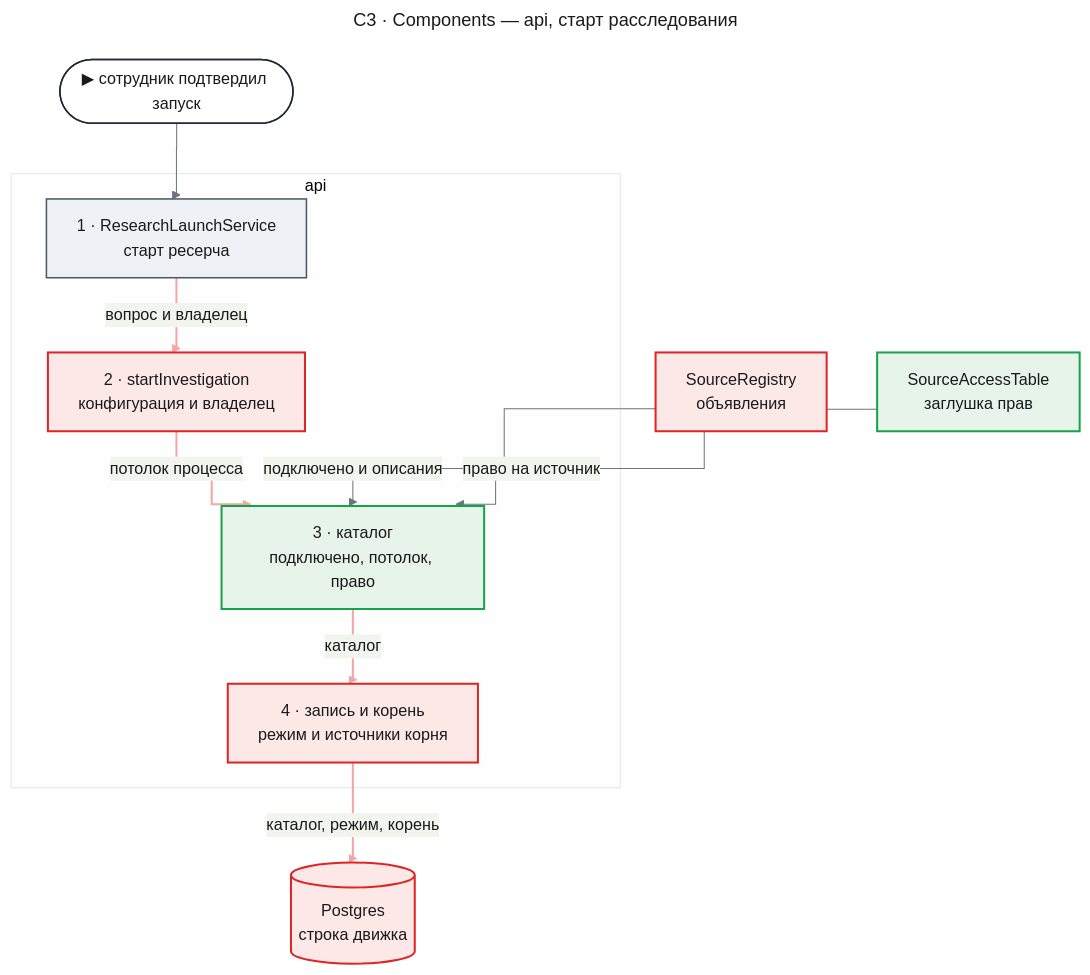
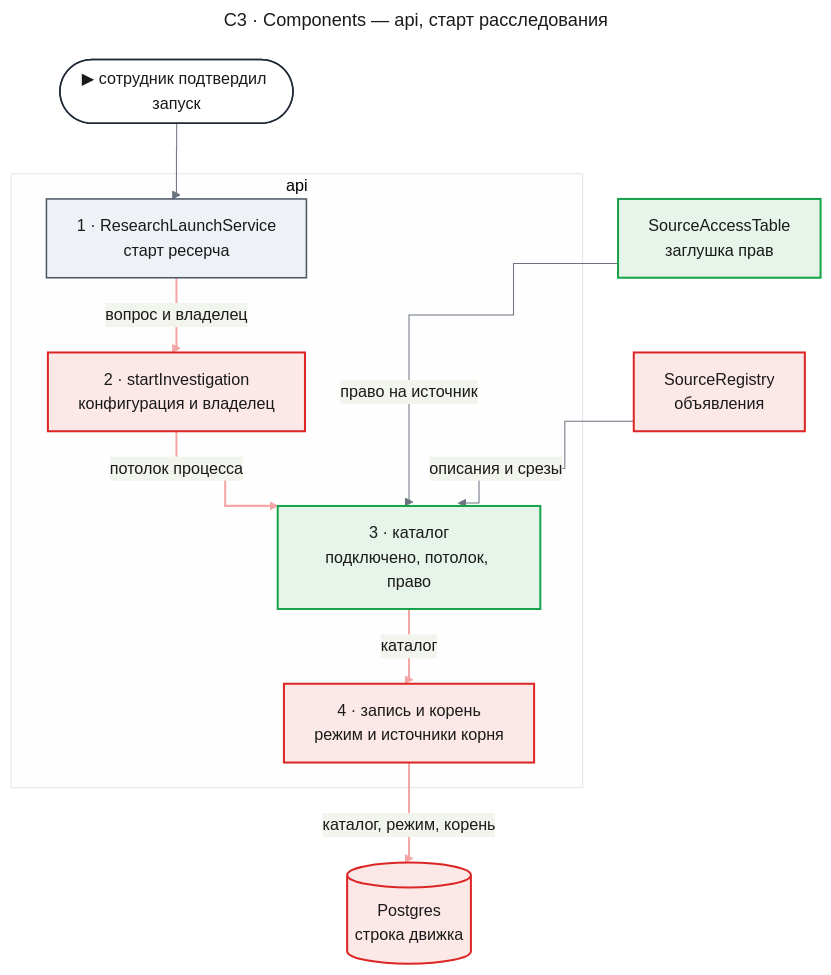
One commit to tundraray/agent-os changed the second of 7 diagrams in docs/features/source-planning/design-catalog-planning.md. Above: the diagram before and after it, drawn with Mermaid. The commit also changed other lines of this file, not shown here.

````diff
--- a/docs/features/source-planning/design-catalog-planning.md
+++ b/docs/features/source-planning/design-catalog-planning.md
@@ -269,51 +269,52 @@
 ```mermaid
 ---
 title: "C3 · Components — api, старт расследования"
 config:
   theme: base
   look: classic
   themeVariables:
     primaryColor: "#eef1f5"
     primaryBorderColor: "#4b5563"
     primaryTextColor: "#1a1a1a"
     lineColor: "#6b7280"
   flowchart:
     curve: step
   themeCSS: |
     @keyframes lit_cp3a{0%,22.5%{stroke:#991b1b;stroke-width:6px}25%,100%{stroke:#f4a5a5;stroke-width:2px}}
 ---
 flowchart TB
     entry(["▶ сотрудник подтвердил запуск"])
     subgraph api["api"]
         ls["1 · ResearchLaunchService<br/>старт ресерча"]
         st["2 · startInvestigation<br/>конфигурация и владелец"]
         cat["3 · каталог<br/>подключено, потолок, право"]
         rt["4 · запись и корень<br/>режим и источники корня"]
     end
     pol["SourceAccessTable<br/>заглушка прав"]
     reg["SourceRegistry<br/>объявления"]
     db[("Postgres<br/>строка движка")]
+    pol ~~~ reg
     entry --> ls
     ls e1@-->|"вопрос и владелец"| st
     st e2@-->|"потолок процесса"| cat
     cat e3@-->|"каталог"| rt
     rt e4@-->|"каталог, режим, корень"| db
-    reg -->|"подключено и описания"| cat
+    reg -->|"описания и срезы"| cat
     pol -->|"право на источник"| cat
     classDef entry fill:#ffffff,stroke:#1f2937,stroke-width:1.5px,color:#1a1a1a
     classDef changed fill:#fde8e8,stroke:#dc2626,stroke-width:2px,color:#1a1a1a
     classDef new fill:#e6f4ea,stroke:#16a34a,stroke-width:2px,color:#1a1a1a
     classDef unchanged fill:#eef1f5,stroke:#4b5563,stroke-width:1.5px,color:#1a1a1a
     classDef w1 stroke:#f4a5a5,stroke-width:2px,animation:lit_cp3a 4.8s linear 0s infinite
     classDef w2 stroke:#f4a5a5,stroke-width:2px,animation:lit_cp3a 4.8s linear 1.2s infinite
     classDef w3 stroke:#f4a5a5,stroke-width:2px,animation:lit_cp3a 4.8s linear 2.4s infinite
     classDef w4 stroke:#f4a5a5,stroke-width:2px,animation:lit_cp3a 4.8s linear 3.6s infinite
     class entry entry
     class cat,pol new
     class st,rt,reg,db changed
     class ls unchanged
     class e1 w1
     class e2 w2
     class e3 w3
     class e4 w4
 ```
````
